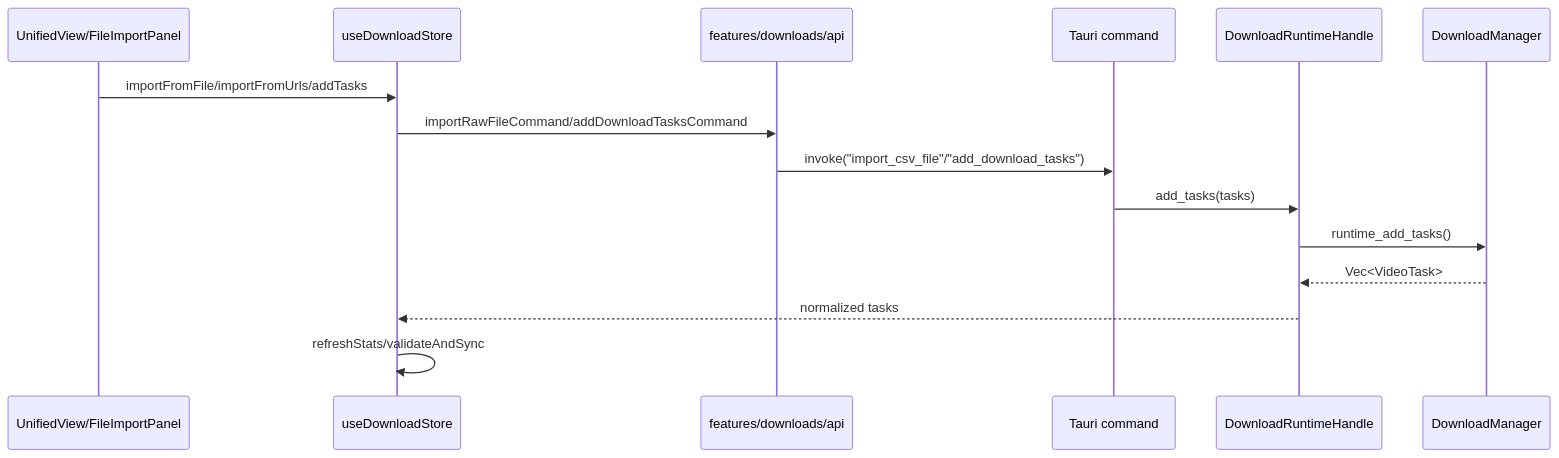
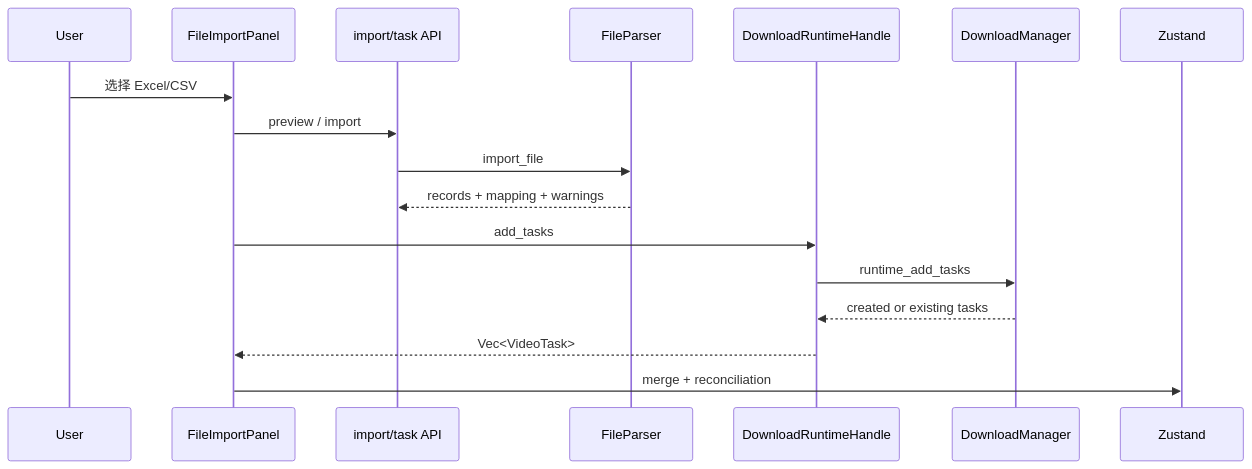
One commit to seaworld008/tauri-video-batch-downloader changed the first of 4 diagrams in docs/large-codebase-ai-handoff-analysis-2026-05-06.md. Above: the diagram before and after it, drawn with Mermaid. The commit also changed other lines of this file and 48 other files, not shown here.

````diff
--- a/docs/large-codebase-ai-handoff-analysis-2026-05-06.md
+++ b/docs/large-codebase-ai-handoff-analysis-2026-05-06.md
@@ -146,18 +282,20 @@
 ```mermaid
 sequenceDiagram
-  participant UI as UnifiedView/FileImportPanel
-  participant Store as useDownloadStore
-  participant API as features/downloads/api
-  participant IPC as Tauri command
+  participant User
+  participant UI as FileImportPanel
+  participant Api as import/task API
+  participant Parser as FileParser
   participant Runtime as DownloadRuntimeHandle
   participant Manager as DownloadManager
+  participant Store as Zustand
 
-  UI->>Store: importFromFile/importFromUrls/addTasks
-  Store->>API: importRawFileCommand/addDownloadTasksCommand
-  API->>IPC: invoke("import_csv_file"/"add_download_tasks")
-  IPC->>Runtime: add_tasks(tasks)
-  Runtime->>Manager: runtime_add_tasks()
-  Manager-->>Runtime: Vec<VideoTask>
-  Runtime-->>Store: normalized tasks
-  Store->>Store: refreshStats/validateAndSync
+  User->>UI: 选择 Excel/CSV
+  UI->>Api: preview / import
+  Api->>Parser: import_file
+  Parser-->>Api: records + mapping + warnings
+  UI->>Runtime: add_tasks
+  Runtime->>Manager: runtime_add_tasks
+  Manager-->>Runtime: created or existing tasks
+  Runtime-->>UI: Vec<VideoTask>
+  UI->>Store: merge + reconciliation
 ```
````
